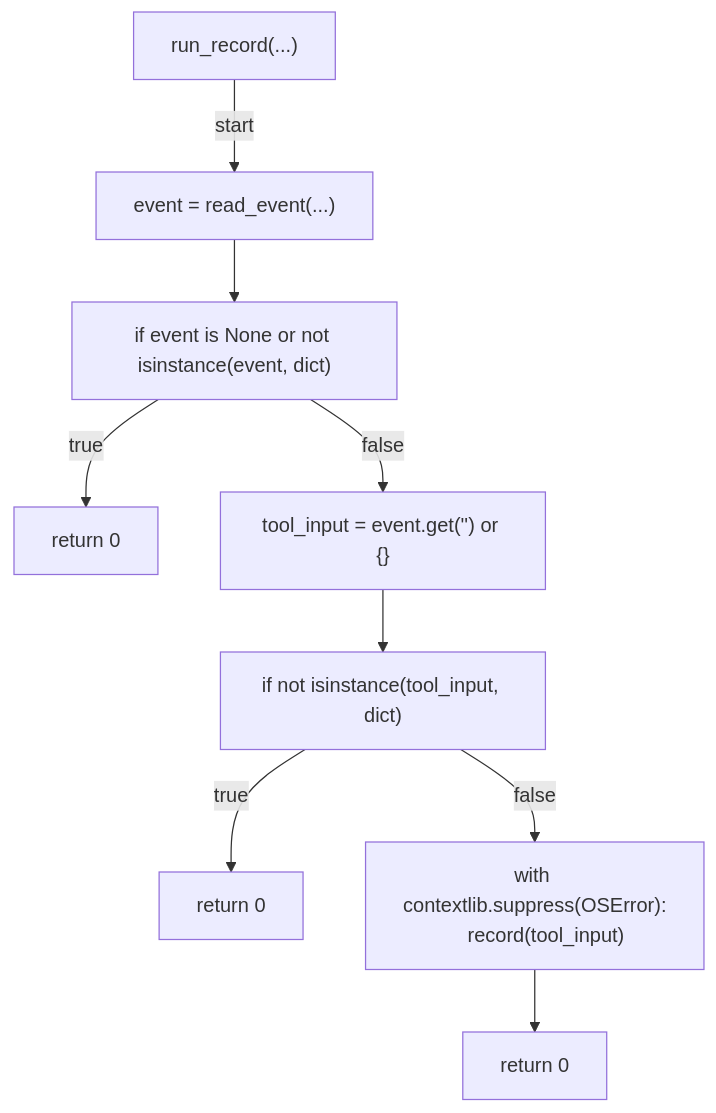
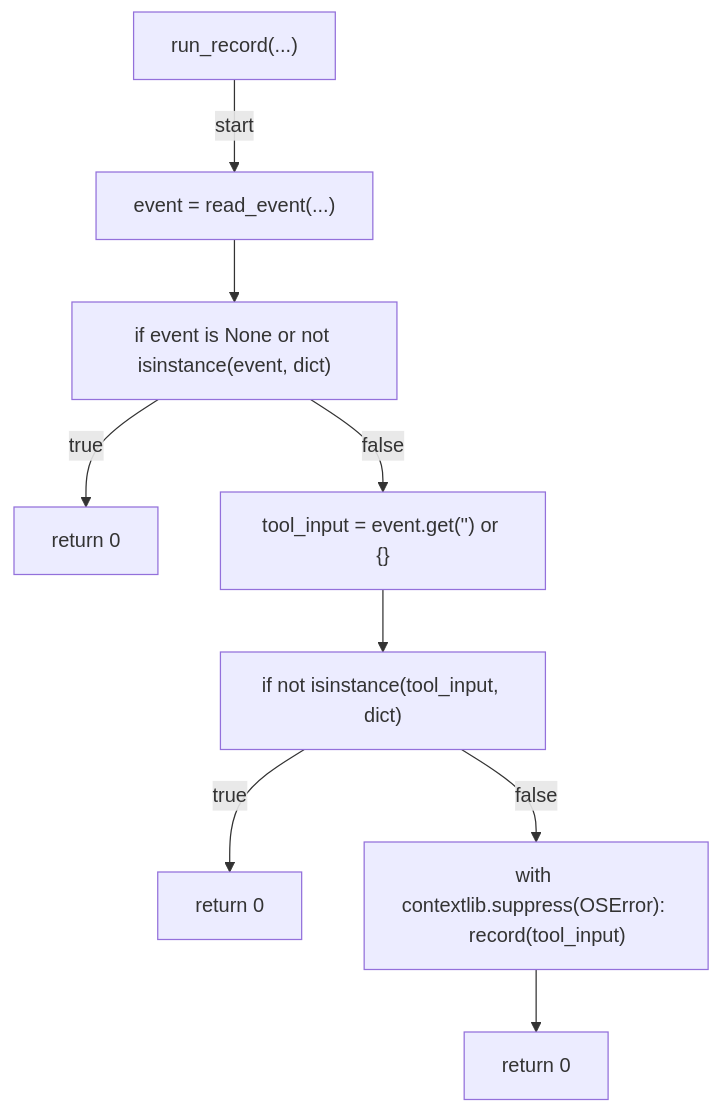
One commit to tvna/claude-md changed the ninth of 10 diagrams in docs/generated/scripts/ast/gate_issue_close_comment.md. Above: the diagram before and after it, drawn with Mermaid. The commit also changed 30 other files, not shown here.

First line of the commit message:
docs(generated): regenerate decision tree and workflow diagrams (batch 2/5)

````diff
--- a/docs/generated/scripts/ast/gate_issue_close_comment.md
+++ b/docs/generated/scripts/ast/gate_issue_close_comment.md
@@ -134,21 +134,20 @@
 ```mermaid
 flowchart TD
     N001["run_record(...)"]
     N002["event = read_event(...)"]
     N003["if event is None or not isinstance(event, dict)"]
     N004["return 0"]
     N005["tool_input = event.get('<str>') or {}"]
     N006["if not isinstance(tool_input, dict)"]
     N007["return 0"]
-    N008["with contextlib.suppress(OSError):
-    record(tool_input)"]
+    N008["with contextlib.suppress(OSError):     record(tool_input)"]
     N009["return 0"]
     N001 -->|"start"| N002
     N002 --> N003
     N003 -->|"true"| N004
     N003 -->|"false"| N005
     N005 --> N006
     N006 -->|"true"| N007
     N006 -->|"false"| N008
     N008 --> N009
 ```
````
